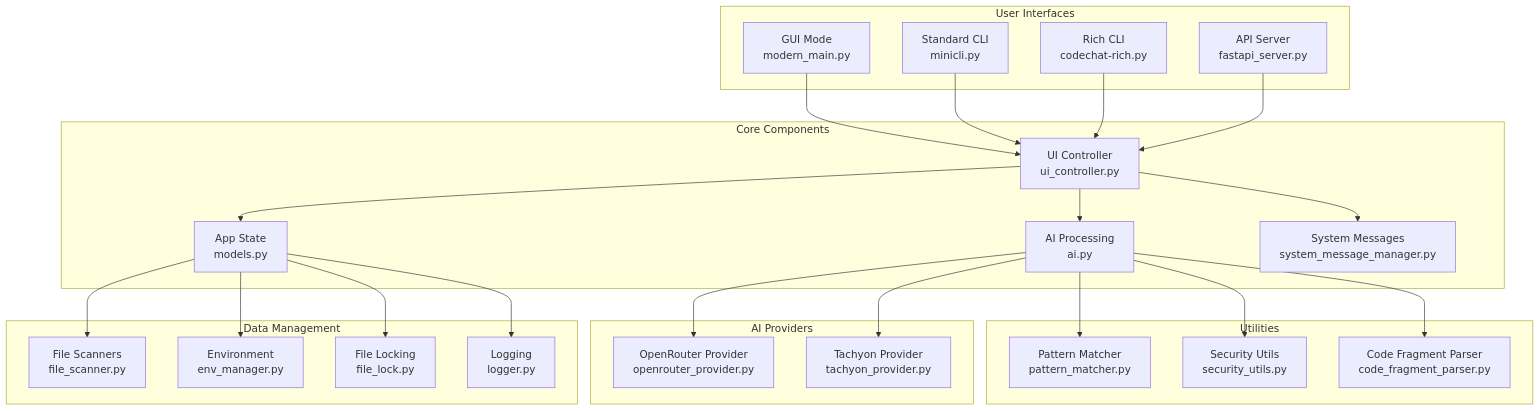
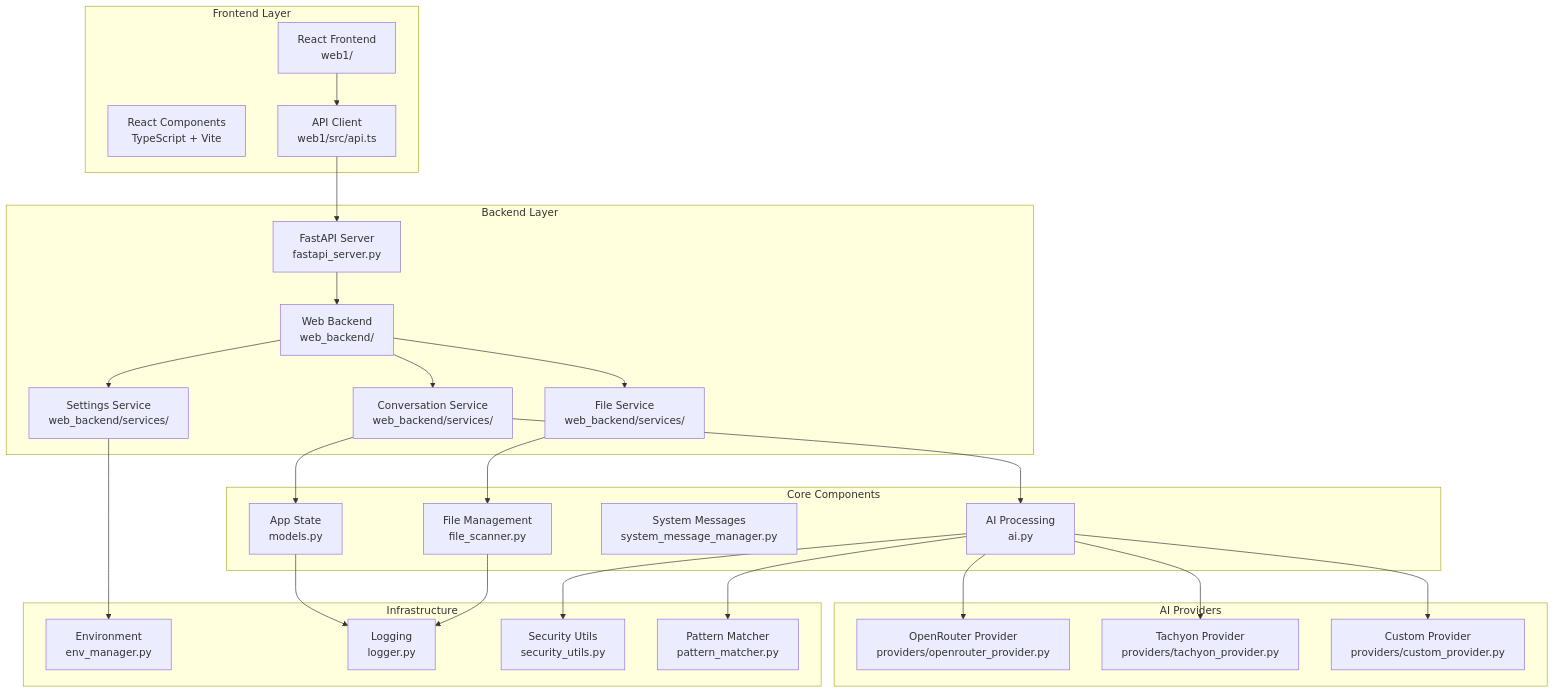
The first of 4 diagrams in ARCHITECTURE.md (argentquest/minicliv1), drawn with Mermaid before and after one commit. The commit also changed other lines of this file and 44 other files, not shown here.

````diff
--- a/ARCHITECTURE.md
+++ b/ARCHITECTURE.md
@@ -9,55 +11,57 @@
 ```mermaid
 graph TB
-    subgraph "User Interfaces"
-        GUI[GUI Mode<br/>modern_main.py]
-        CLI[Standard CLI<br/>minicli.py]
-        RichCLI[Rich CLI<br/>codechat-rich.py]
-        API[API Server<br/>fastapi_server.py]
-    end
+     subgraph "Frontend Layer"
+         RF[React Frontend<br/>web1/]
+         RT[React Components<br/>TypeScript + Vite]
+         API[API Client<br/>web1/src/api.ts]
+     end
 
-    subgraph "Core Components"
-        UC[UI Controller<br/>ui_controller.py]
-        AS[App State<br/>models.py]
-        AI[AI Processing<br/>ai.py]
-        SM[System Messages<br/>system_message_manager.py]
-    end
+     subgraph "Backend Layer"
+         FA[FastAPI Server<br/>fastapi_server.py]
+         WB[Web Backend<br/>web_backend/]
+         CS[Conversation Service<br/>web_backend/services/]
+         FS[File Service<br/>web_backend/services/]
+         SS[Settings Service<br/>web_backend/services/]
+     end
 
-    subgraph "AI Providers"
-        OR[OpenRouter Provider<br/>openrouter_provider.py]
-        TA[Tachyon Provider<br/>tachyon_provider.py]
-    end
+     subgraph "Core Components"
+         AS[App State<br/>models.py]
+         AI[AI Processing<br/>ai.py]
+         SM[System Messages<br/>system_message_manager.py]
+         FM[File Management<br/>file_scanner.py]
+     end
 
-    subgraph "Data Management"
-        FS[File Scanners<br/>file_scanner.py]
-        EL[Environment<br/>env_manager.py]
-        FL[File Locking<br/>file_lock.py]
-        LOG[Logging<br/>logger.py]
-    end
+     subgraph "AI Providers"
+         OR[OpenRouter Provider<br/>providers/openrouter_provider.py]
+         TA[Tachyon Provider<br/>providers/tachyon_provider.py]
+         CP[Custom Provider<br/>providers/custom_provider.py]
+     end
 
-    subgraph "Utilities"
-        PM[Pattern Matcher<br/>pattern_matcher.py]
-        SU[Security Utils<br/>security_utils.py]
-        CF[Code Fragment Parser<br/>code_fragment_parser.py]
-    end
+     subgraph "Infrastructure"
+         EL[Environment<br/>env_manager.py]
+         LOG[Logging<br/>logger.py]
+         SU[Security Utils<br/>security_utils.py]
+         PM[Pattern Matcher<br/>pattern_matcher.py]
+     end
 
-    GUI --> UC
-    CLI --> UC
-    RichCLI --> UC
-    API --> UC
+     RF --> API
+     API --> FA
+     FA --> WB
+     WB --> CS
+     WB --> FS
+     WB --> SS
 
-    UC --> AS
-    UC --> AI
-    UC --> SM
+     CS --> AS
+     CS --> AI
+     FS --> FM
+     SS --> EL
 
-    AI --> OR
-    AI --> TA
+     AI --> OR
+     AI --> TA
+     AI --> CP
 
-    AS --> FS
-    AS --> EL
-    AS --> FL
-    AS --> LOG
-
-    AI --> PM
-    AI --> SU
-    AI --> CF
+     AI --> PM
+     AI --> SU
+     AS --> LOG
+     FM --> LOG
 ```
````
